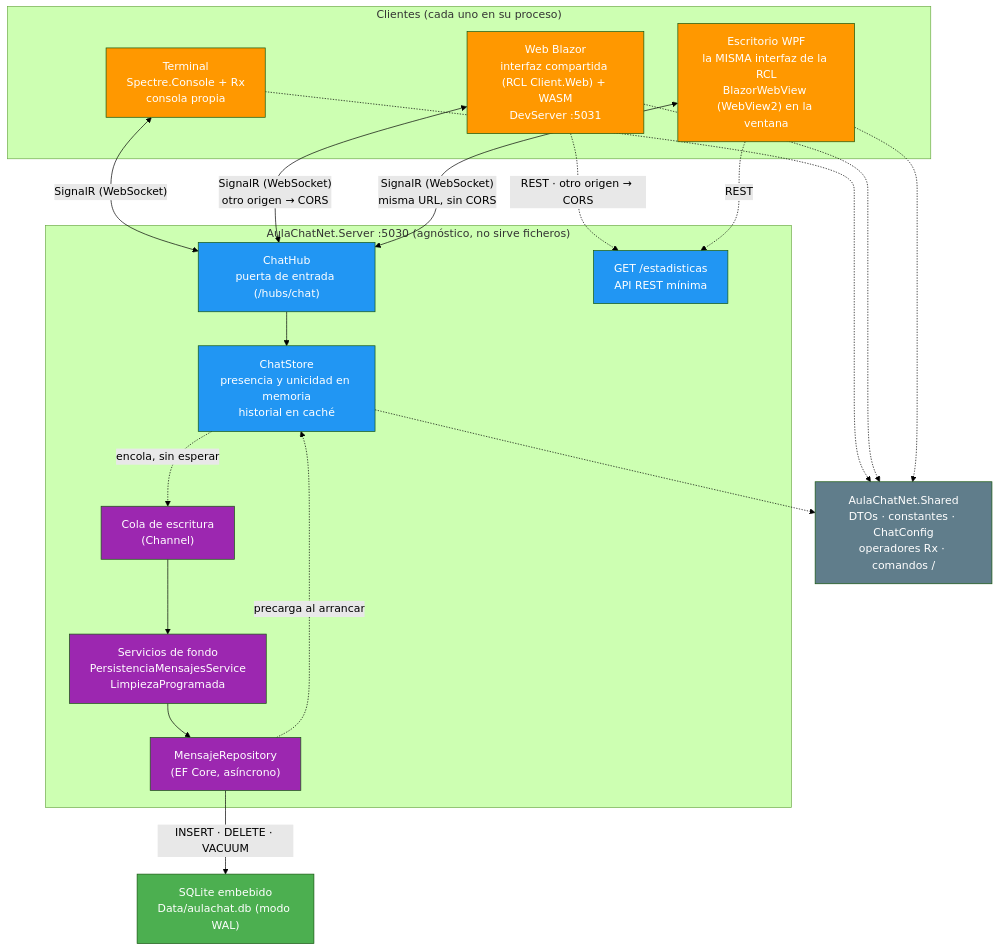
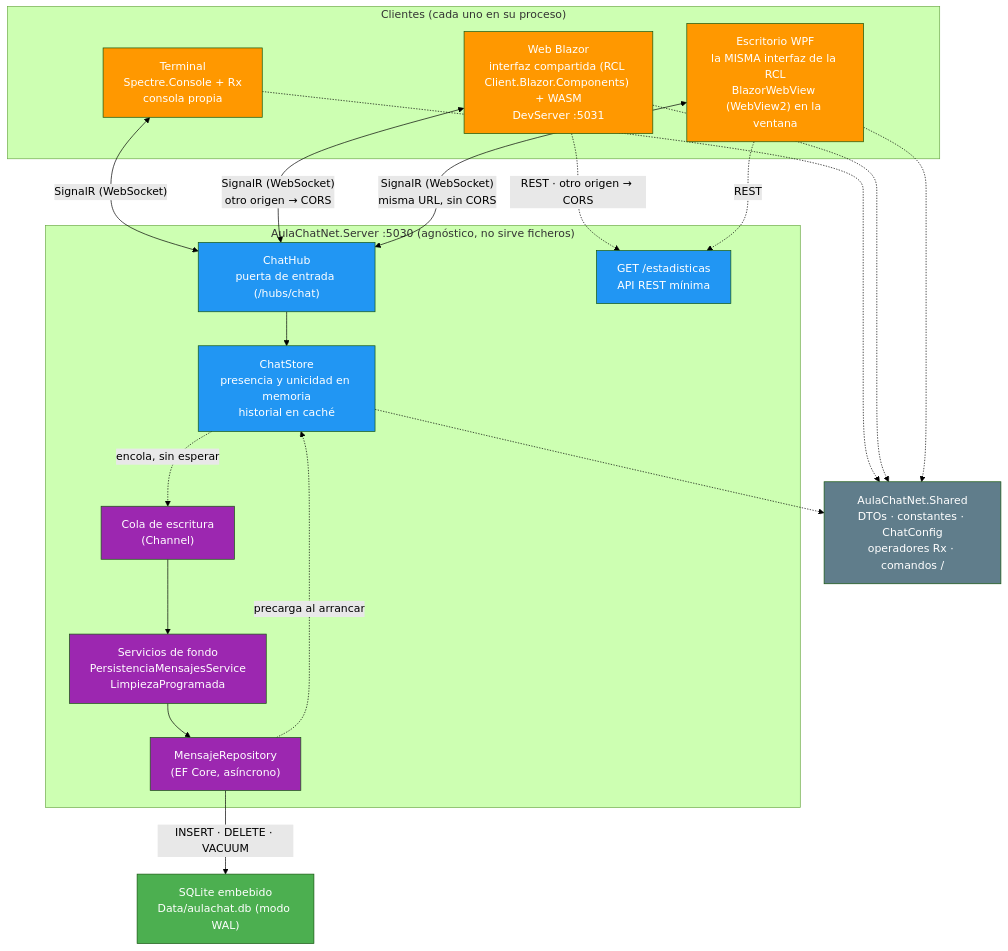
The second of 2 diagrams in README.md (joseluisgs/AulaChatNet), drawn with Mermaid (forest theme) before and after one commit. The commit also changed other lines of this file and 14 other files, not shown here.

````diff
--- a/README.md
+++ b/README.md
@@ -171,51 +171,51 @@
 ```mermaid
 flowchart TD
     subgraph Clientes["Clientes (cada uno en su proceso)"]
         T["Terminal<br/>Spectre.Console + Rx<br/>consola propia"]
-        B["Web Blazor<br/>interfaz compartida (RCL Client.Web) + WASM<br/>DevServer :5031"]
+        B["Web Blazor<br/>interfaz compartida (RCL Client.Blazor.Components) + WASM<br/>DevServer :5031"]
         W["Escritorio WPF<br/>la MISMA interfaz de la RCL<br/>BlazorWebView (WebView2) en la ventana"]
     end
 
     subgraph Servidor["AulaChatNet.Server :5030 (agnóstico, no sirve ficheros)"]
         H["ChatHub<br/>puerta de entrada (/hubs/chat)"]
         API["GET /estadisticas<br/>API REST mínima"]
         S["ChatStore<br/>presencia y unicidad en memoria<br/>historial en caché"]
         Q["Cola de escritura<br/>(Channel)"]
         P["Servicios de fondo<br/>PersistenciaMensajesService<br/>LimpiezaProgramada"]
         R["MensajeRepository<br/>(EF Core, asíncrono)"]
     end
 
     SH["AulaChatNet.Shared<br/>DTOs · constantes · ChatConfig<br/>operadores Rx · comandos /"]
 
     DB["SQLite embebido<br/>Data/aulachat.db (modo WAL)"]
 
     T <-->|"SignalR (WebSocket)"| H
     B <-->|"SignalR (WebSocket)<br/>otro origen → CORS"| H
     B -.->|"REST · otro origen → CORS"| API
     W <-->|"SignalR (WebSocket)<br/>misma URL, sin CORS"| H
     W -.->|"REST"| API
 
     H --> S
     S -.->|"encola, sin esperar"| Q
     Q --> P
     P --> R
     R -->|"INSERT · DELETE · VACUUM"| DB
     R -.->|"precarga al arrancar"| S
 
     T -.-> SH
     B -.-> SH
     W -.-> SH
     S -.-> SH
 
     style T fill:#FF9800,color:#fff
     style B fill:#FF9800,color:#fff
     style W fill:#FF9800,color:#fff
     style H fill:#2196F3,color:#fff
     style API fill:#2196F3,color:#fff
     style S fill:#2196F3,color:#fff
     style Q fill:#9C27B0,color:#fff
     style P fill:#9C27B0,color:#fff
     style R fill:#9C27B0,color:#fff
     style SH fill:#607D8B,color:#fff
     style DB fill:#4CAF50,color:#fff
 ```
````
